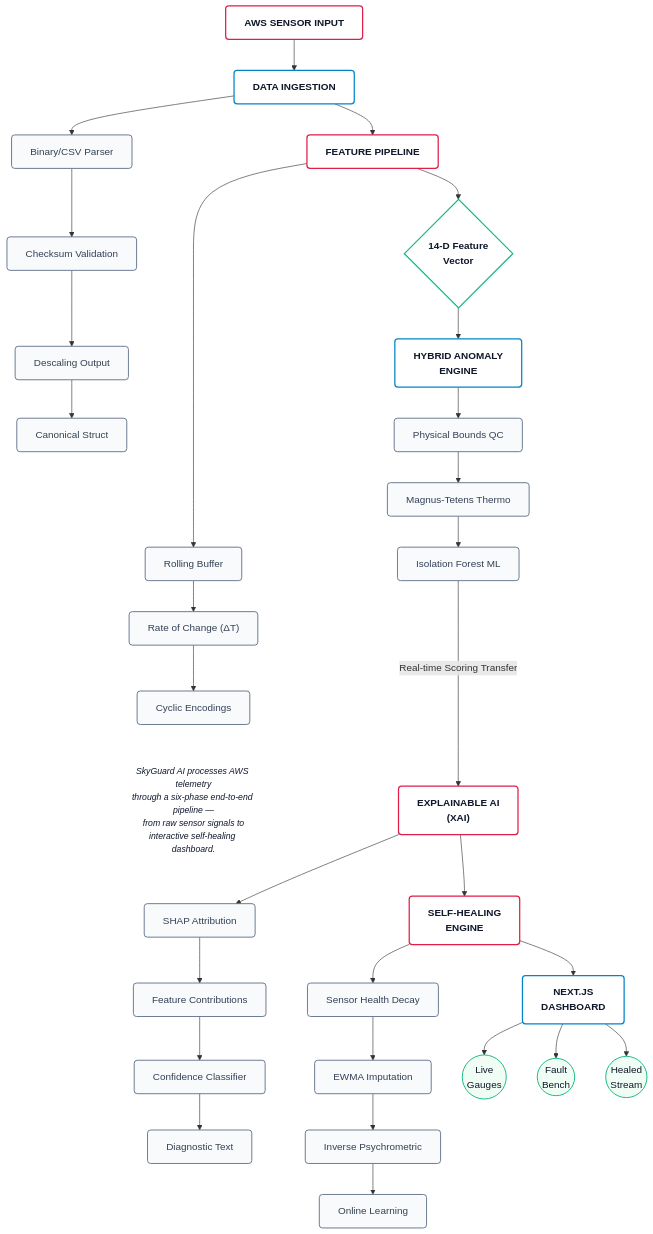
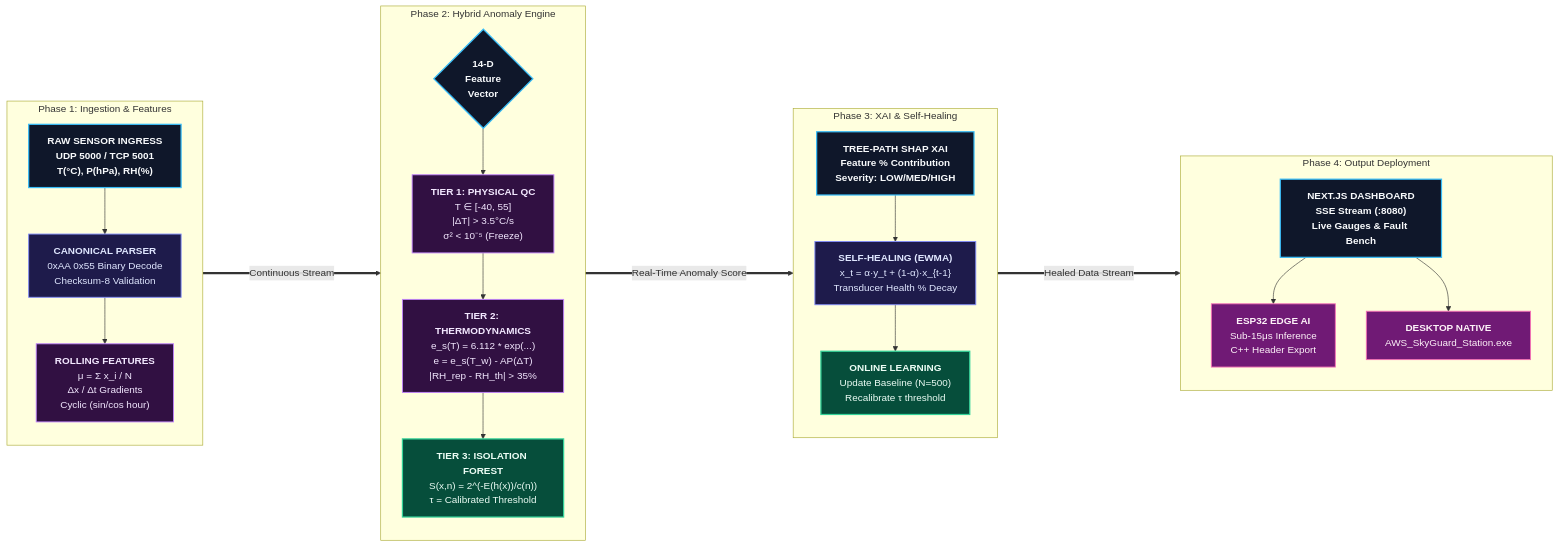
The diagram in SIH_PS_26073_PROJECT_DOCUMENTATION.md (Chhayakanta-Maharana/AWS_SkyGuard_Station), drawn with Mermaid before and after one commit.

Commit message:
Refactor architecture flowchart to detailed horizontal landscape with math formulas

````diff
--- a/SIH_PS_26073_PROJECT_DOCUMENTATION.md
+++ b/SIH_PS_26073_PROJECT_DOCUMENTATION.md
@@ -25,96 +25,52 @@
 ```mermaid
-flowchart TD
-    %% Styling matching the reference image layout
-    classDef redBox fill:#ffffff,stroke:#e11d48,stroke-width:2px,color:#0f172a,font-weight:bold,rx:5px,ry:5px;
-    classDef blueBox fill:#ffffff,stroke:#0284c7,stroke-width:2px,color:#0f172a,font-weight:bold,rx:5px,ry:5px;
-    classDef subBox fill:#f8fafc,stroke:#64748b,stroke-width:1.5px,color:#334155,rx:5px,ry:5px;
-    classDef diamondBox fill:#ffffff,stroke:#10b981,stroke-width:2px,color:#0f172a,font-weight:bold;
-    classDef circleBox fill:#f0fdf4,stroke:#10b981,stroke-width:1.5px,color:#0f172a,shape:circle;
-    classDef centerText fill:none,stroke:none,color:#0f172a,font-style:italic,font-size:14px;
+flowchart LR
+    %% Global Styling
+    classDef mainPhase fill:#0f172a,stroke:#38bdf8,stroke-width:2px,color:#f8fafc,font-weight:bold;
+    classDef dataBox fill:#1e1b4b,stroke:#818cf8,stroke-width:1.5px,color:#e0e7ff;
+    classDef mathBox fill:#311042,stroke:#c084fc,stroke-width:1.5px,color:#f3e8ff;
+    classDef mlBox fill:#064e3b,stroke:#34d399,stroke-width:2px,color:#ecfdf5;
+    classDef alertBox fill:#701a75,stroke:#f472b6,stroke-width:1.5px,color:#fdf2f8;
+    
+    subgraph S1 ["Phase 1: Ingestion & Features"]
+        direction TB
+        IN["<b>RAW SENSOR INGRESS</b><br/>UDP 5000 / TCP 5001<br/>T(°C), P(hPa), RH(%)"]:::mainPhase
+        PARSE["<b>CANONICAL PARSER</b><br/>0xAA 0x55 Binary Decode<br/>Checksum-8 Validation"]:::dataBox
+        FEAT["<b>ROLLING FEATURES</b><br/>μ = Σ x_i / N<br/>Δx / Δt Gradients<br/>Cyclic (sin/cos hour)"]:::mathBox
+        
+        IN --> PARSE --> FEAT
+    end
 
-    %% Left Spine
-    INP["AWS SENSOR INPUT"]:::redBox
-    ING["DATA INGESTION"]:::blueBox
-    FEAT["FEATURE PIPELINE"]:::redBox
-    VEC{"14-D Feature<br/>Vector"}:::diamondBox
-    ENG["HYBRID ANOMALY<br/>ENGINE"]:::blueBox
+    subgraph S2 ["Phase 2: Hybrid Anomaly Engine"]
+        direction TB
+        VEC{"14-D<br/>Feature<br/>Vector"}:::mainPhase
+        QC["<b>TIER 1: PHYSICAL QC</b><br/>T ∈ [-40, 55]<br/>|ΔT| > 3.5°C/s<br/>σ² < 10⁻⁵ (Freeze)"]:::mathBox
+        THERMO["<b>TIER 2: THERMODYNAMICS</b><br/>e_s(T) = 6.112 * exp(...)<br/>e = e_s(T_w) - AP(ΔT)<br/>|RH_rep - RH_th| > 35%"]:::mathBox
+        ML["<b>TIER 3: ISOLATION FOREST</b><br/>S(x,n) = 2^(-E(h(x))/c(n))<br/>τ = Calibrated Threshold"]:::mlBox
+        
+        VEC --> QC --> THERMO --> ML
+    end
 
-    %% Left Branches
-    ING_1["Binary/CSV Parser"]:::subBox
-    ING_2["Checksum Validation"]:::subBox
-    ING_3["Descaling Output"]:::subBox
-    ING_4["Canonical Struct"]:::subBox
+    subgraph S3 ["Phase 3: XAI & Self-Healing"]
+        direction TB
+        XAI["<b>TREE-PATH SHAP XAI</b><br/>Feature % Contribution<br/>Severity: LOW/MED/HIGH"]:::mainPhase
+        HEAL["<b>SELF-HEALING (EWMA)</b><br/>x_t = α·y_t + (1-α)·x_{t-1}<br/>Transducer Health % Decay"]:::dataBox
+        ONLINE["<b>ONLINE LEARNING</b><br/>Update Baseline (N=500)<br/>Recalibrate τ threshold"]:::mlBox
+        
+        XAI --> HEAL --> ONLINE
+    end
 
-    FEAT_1["Rolling Buffer"]:::subBox
-    FEAT_2["Rate of Change (ΔT)"]:::subBox
-    FEAT_3["Cyclic Encodings"]:::subBox
+    subgraph S4 ["Phase 4: Output Deployment"]
+        direction TB
+        DASH["<b>NEXT.JS DASHBOARD</b><br/>SSE Stream (:8080)<br/>Live Gauges & Fault Bench"]:::mainPhase
+        EDGE["<b>ESP32 EDGE AI</b><br/>Sub-15μs Inference<br/>C++ Header Export"]:::alertBox
+        EXE["<b>DESKTOP NATIVE</b><br/>AWS_SkyGuard_Station.exe"]:::alertBox
+        
+        DASH --> EDGE
+        DASH --> EXE
+    end
 
-    ENG_1["Physical Bounds QC"]:::subBox
-    ENG_2["Magnus-Tetens Thermo"]:::subBox
-    ENG_3["Isolation Forest ML"]:::subBox
-
-    %% Right Spine
-    XAI["EXPLAINABLE AI<br/>(XAI)"]:::redBox
-    HEAL["SELF-HEALING<br/>ENGINE"]:::redBox
-    DASH["NEXT.JS<br/>DASHBOARD"]:::blueBox
-
-    %% Right Branches
-    XAI_1["SHAP Attribution"]:::subBox
-    XAI_2["Feature Contributions"]:::subBox
-    XAI_3["Confidence Classifier"]:::subBox
-    XAI_4["Diagnostic Text"]:::subBox
-
-    HEAL_1["Sensor Health Decay"]:::subBox
-    HEAL_2["EWMA Imputation"]:::subBox
-    HEAL_3["Inverse Psychrometric"]:::subBox
-    HEAL_4["Online Learning"]:::subBox
-
-    C1(("Live<br/>Gauges")):::circleBox
-    C2(("Fault<br/>Bench")):::circleBox
-    C3(("Healed<br/>Stream")):::circleBox
-
-    %% Center text node
-    CENTER["SkyGuard AI processes AWS telemetry<br/>through a six-phase end-to-end pipeline —<br/>from raw sensor signals to<br/>interactive self-healing dashboard."]:::centerText
-
-    %% Wiring Left Side
-    INP --> ING
-    ING --> ING_1
-    ING_1 --> ING_2
-    ING_2 --> ING_3
-    ING_3 --> ING_4
-    
-    ING --> FEAT
-    FEAT --> FEAT_1
-    FEAT_1 --> FEAT_2
-    FEAT_2 --> FEAT_3
-    
-    FEAT --> VEC
-    VEC --> ENG
-    ENG --> ENG_1
-    ENG_1 --> ENG_2
-    ENG_2 --> ENG_3
-
-    %% Wiring Right Side
-    XAI --> XAI_1
-    XAI_1 --> XAI_2
-    XAI_2 --> XAI_3
-    XAI_3 --> XAI_4
-
-    XAI --> HEAL
-    HEAL --> HEAL_1
-    HEAL_1 --> HEAL_2
-    HEAL_2 --> HEAL_3
-    HEAL_3 --> HEAL_4
-
-    HEAL --> DASH
-    DASH --> C1
-    DASH --> C2
-    DASH --> C3
-
-    %% Cross connection (Matches the long swooping arrow in the image)
-    ENG_3 ---->|Real-time Scoring Transfer| XAI
-    
-    %% Invisible links to align the center text visually between the two flows
-    FEAT_3 ~~~ CENTER
-    CENTER ~~~ XAI_1
+    %% Cross-Phase Connections
+    FEAT ====>|Continuous Stream| VEC
+    ML ====>|Real-Time Anomaly Score| XAI
+    ONLINE ====>|Healed Data Stream| DASH
 ```
````
